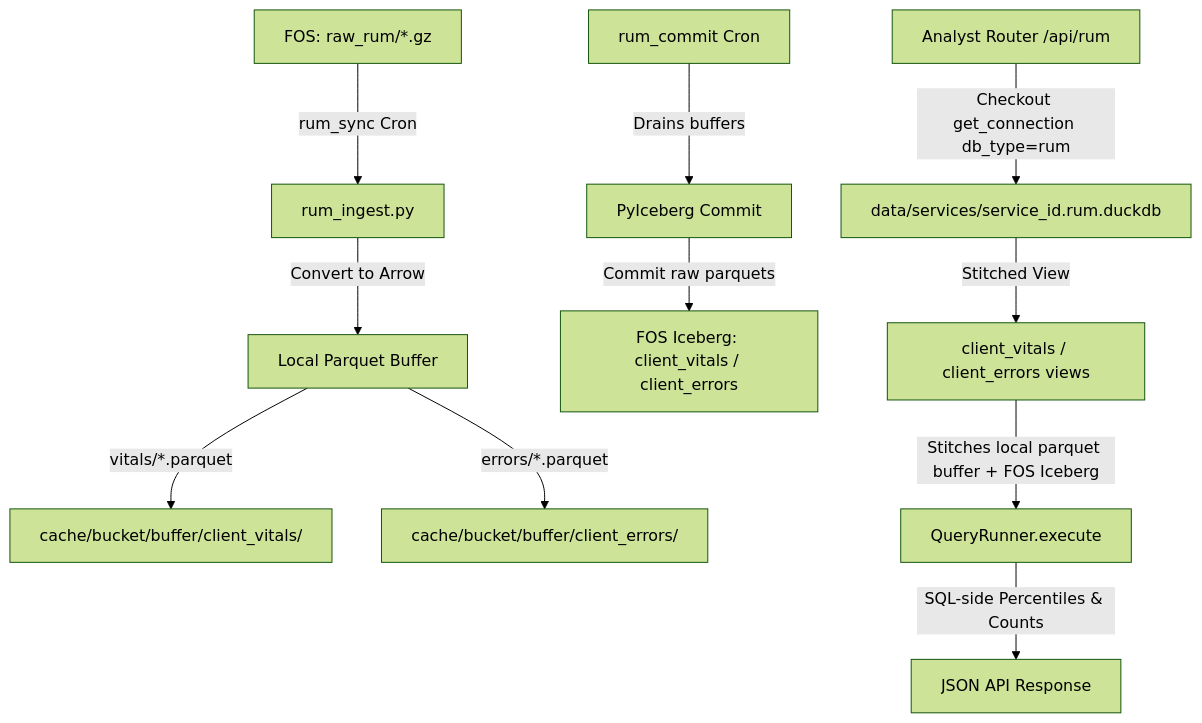
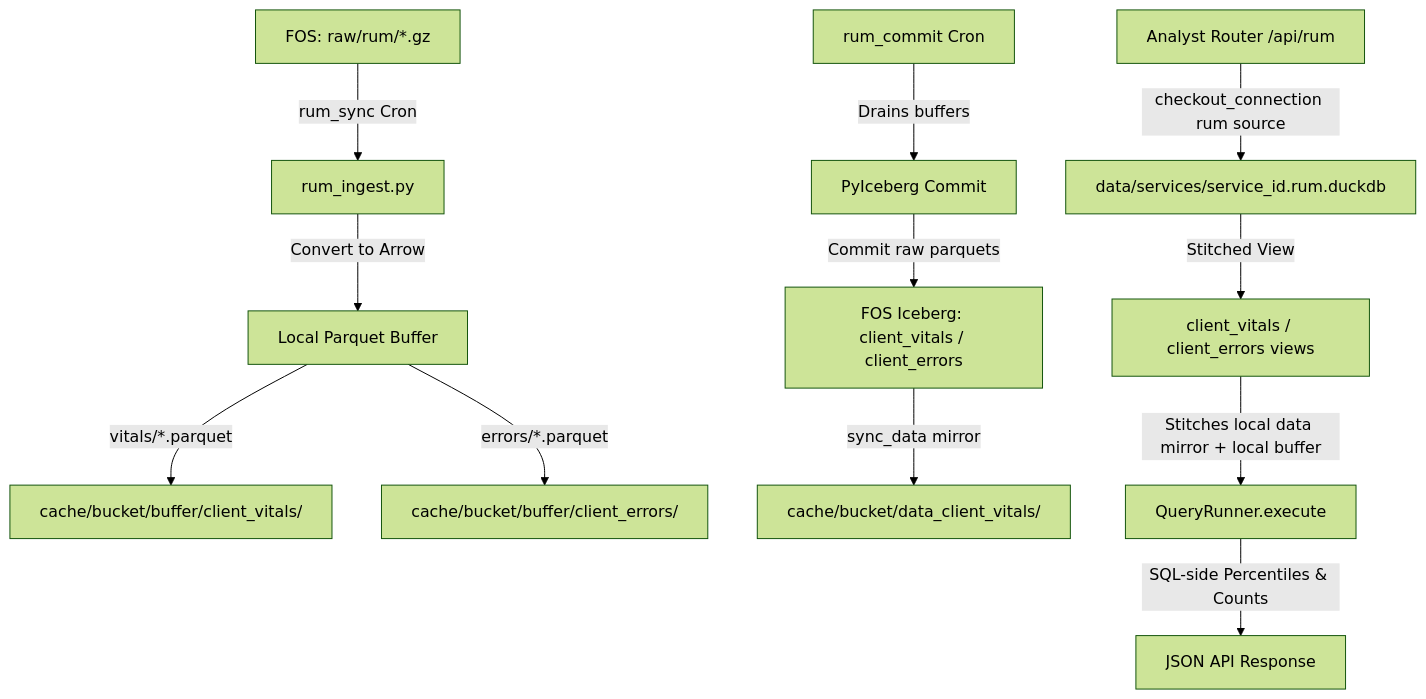
Before and after one commit to fastly/fastly-log-analytics: the diagram in local-docs/RUM_DUCKDB_ICEBERG_TRANSITION_PLAN.md, drawn with Mermaid (forest theme). The commit also changed other lines of this file, not shown here.

````diff
--- a/local-docs/RUM_DUCKDB_ICEBERG_TRANSITION_PLAN.md
+++ b/local-docs/RUM_DUCKDB_ICEBERG_TRANSITION_PLAN.md
@@ -13,15 +44,17 @@
 ```mermaid
 graph TD
-    A[FOS: raw_rum/*.gz] -->|rum_sync Cron| B[rum_ingest.py]
+    A[FOS: raw/rum/*.gz] -->|rum_sync Cron| B[rum_ingest.py]
     B -->|Convert to Arrow| C[Local Parquet Buffer]
     C -->|vitals/*.parquet| D[cache/bucket/buffer/client_vitals/]
     C -->|errors/*.parquet| E[cache/bucket/buffer/client_errors/]
 
     F[rum_commit Cron] -->|Drains buffers| G[PyIceberg Commit]
     G -->|Commit raw parquets| H[FOS Iceberg: client_vitals / client_errors]
 
-    I[Analyst Router /api/rum] -->|Checkout get_connection db_type=rum| J[data/services/service_id.rum.duckdb]
+    H -->|sync_data mirror| N[cache/bucket/data_client_vitals/]
+
+    I[Analyst Router /api/rum] -->|checkout_connection rum source| J[data/services/service_id.rum.duckdb]
     J -->|Stitched View| K[client_vitals / client_errors views]
-    K -->|Stitches local parquet buffer + FOS Iceberg| L[QueryRunner.execute]
+    K -->|Stitches local data mirror + local buffer| L[QueryRunner.execute]
     L -->|SQL-side Percentiles & Counts| M[JSON API Response]
 ```
````
